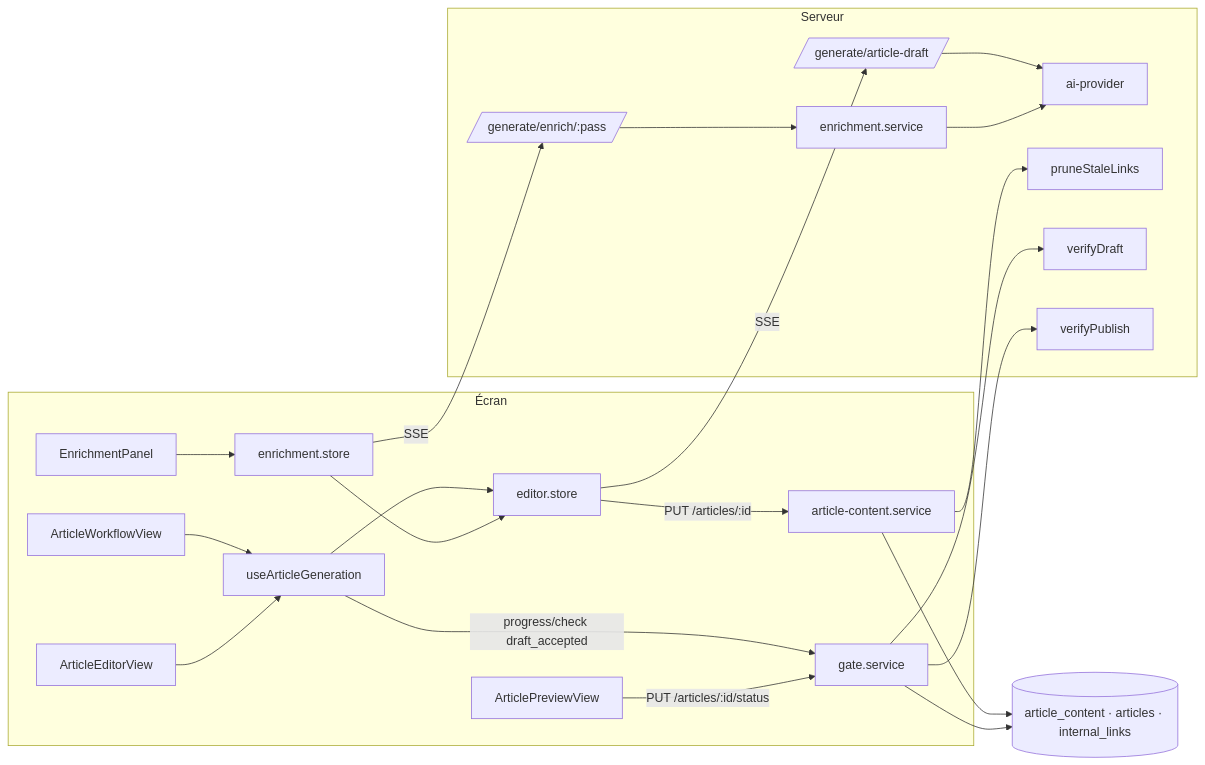
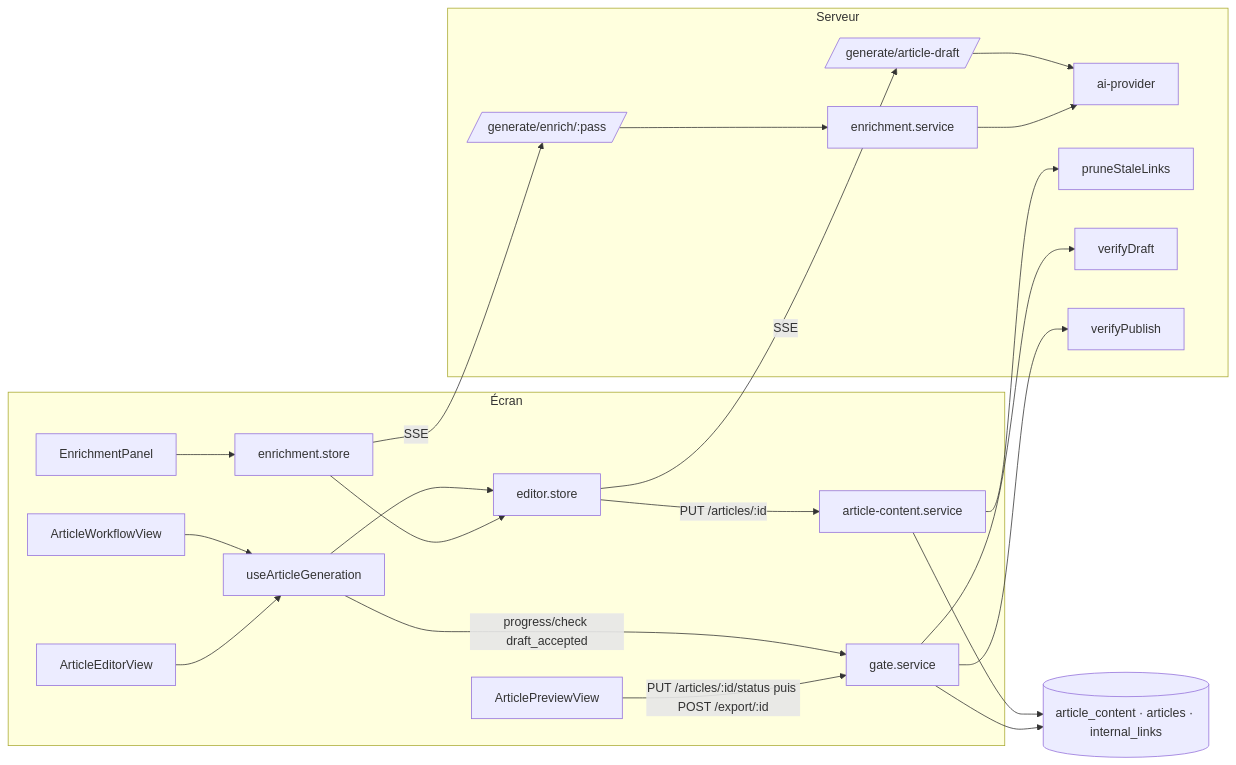
Before and after one commit to annubis-knight/Blog_Redactor_SEO: the diagram in design/17-redaction.md, drawn with Mermaid. The commit also changed other lines of this file and 25 other files, not shown here.

````diff
--- a/design/17-redaction.md
+++ b/design/17-redaction.md
@@ -17,21 +17,21 @@
 ```mermaid
 flowchart LR
   subgraph Écran
     WV[ArticleWorkflowView] & EV[ArticleEditorView] --> UAG[useArticleGeneration]
     UAG --> ES[editor.store]
     EP[EnrichmentPanel] --> ENS[enrichment.store] --> ES
     ES -->|PUT /articles/:id| ACS
     UAG -->|progress/check draft_accepted| GS
-    PV[ArticlePreviewView] -->|PUT /articles/:id/status| GS
+    PV[ArticlePreviewView] -->|PUT /articles/:id/status puis POST /export/:id| GS
   end
   subgraph Serveur
     AD[/generate/article-draft/] --> AI[ai-provider]
     ENR[/generate/enrich/:pass/] --> SVC[enrichment.service] --> AI
     ACS[article-content.service] --> PR[pruneStaleLinks]
     GS[gate.service] --> VD[verifyDraft] & VP[verifyPublish]
   end
   ES -->|SSE| AD
   ENS -->|SSE| ENR
   ACS --> DB[(article_content · articles · internal_links)]
   GS --> DB
 ```
````
